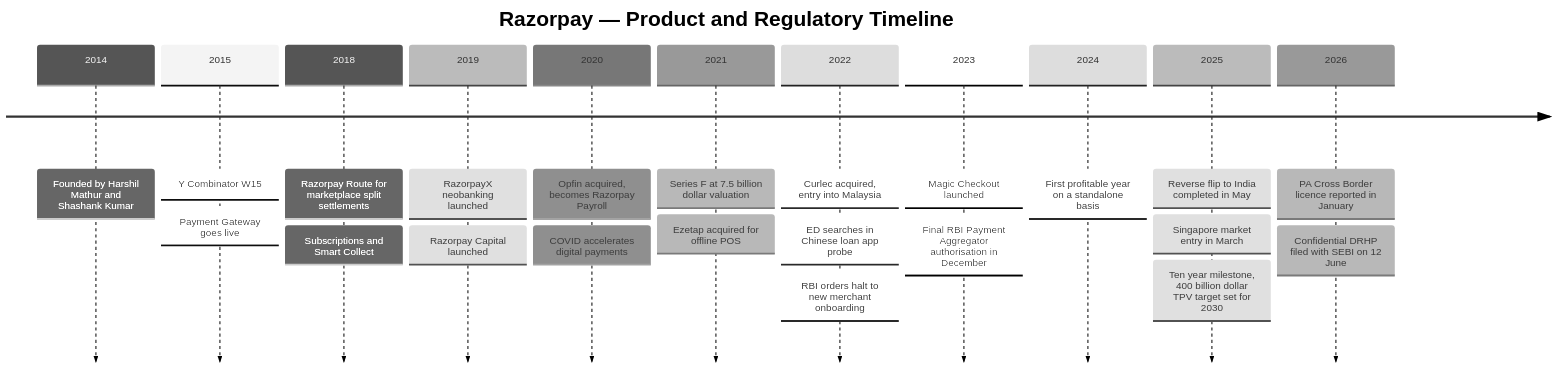
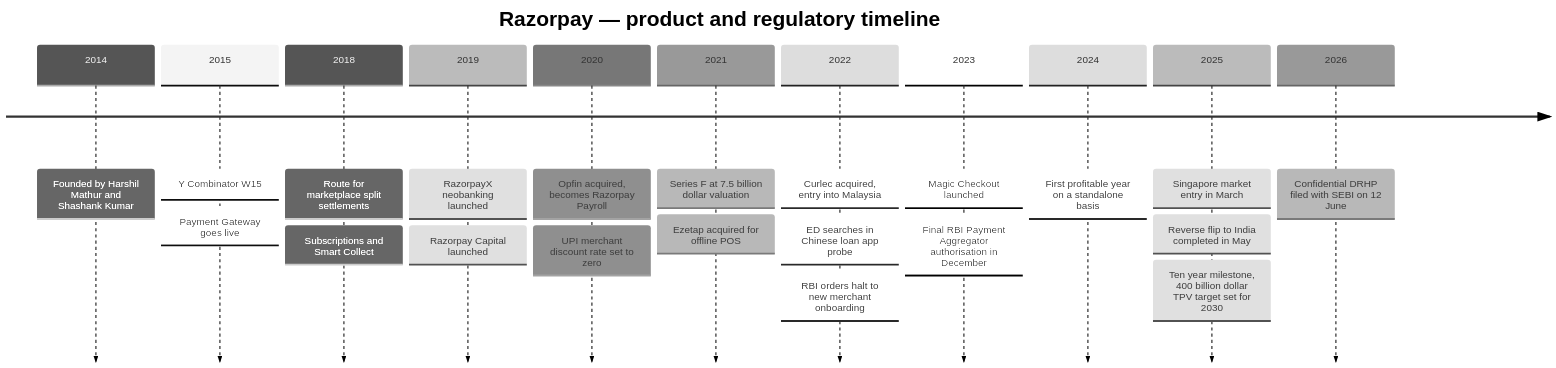
Before and after one commit to gaurav-product/product-management-case-studies: the first of 4 diagrams in Case Studies/Day-38-Razorpay/README.md, drawn with Mermaid (neutral theme). The commit also changed other lines of this file and 1 other file, not shown here.

Commit message:
Rewrite Day 38 — Razorpay in 27-section format

````diff
--- a/Case Studies/Day-38-Razorpay/README.md
+++ b/Case Studies/Day-38-Razorpay/README.md
@@ -191,26 +95,25 @@
 ```mermaid
 timeline
-    title Razorpay — Product and Regulatory Timeline
+    title Razorpay — product and regulatory timeline
     2014 : Founded by Harshil Mathur and Shashank Kumar
     2015 : Y Combinator W15
          : Payment Gateway goes live
-    2018 : Razorpay Route for marketplace split settlements
+    2018 : Route for marketplace split settlements
          : Subscriptions and Smart Collect
     2019 : RazorpayX neobanking launched
          : Razorpay Capital launched
     2020 : Opfin acquired, becomes Razorpay Payroll
-         : COVID accelerates digital payments
+         : UPI merchant discount rate set to zero
     2021 : Series F at 7.5 billion dollar valuation
          : Ezetap acquired for offline POS
     2022 : Curlec acquired, entry into Malaysia
          : ED searches in Chinese loan app probe
          : RBI orders halt to new merchant onboarding
     2023 : Magic Checkout launched
          : Final RBI Payment Aggregator authorisation in December
     2024 : First profitable year on a standalone basis
-    2025 : Reverse flip to India completed in May
-         : Singapore market entry in March
+    2025 : Singapore market entry in March
+         : Reverse flip to India completed in May
          : Ten year milestone, 400 billion dollar TPV target set for 2030
-    2026 : PA Cross Border licence reported in January
-         : Confidential DRHP filed with SEBI on 12 June
+    2026 : Confidential DRHP filed with SEBI on 12 June
 ```
````
